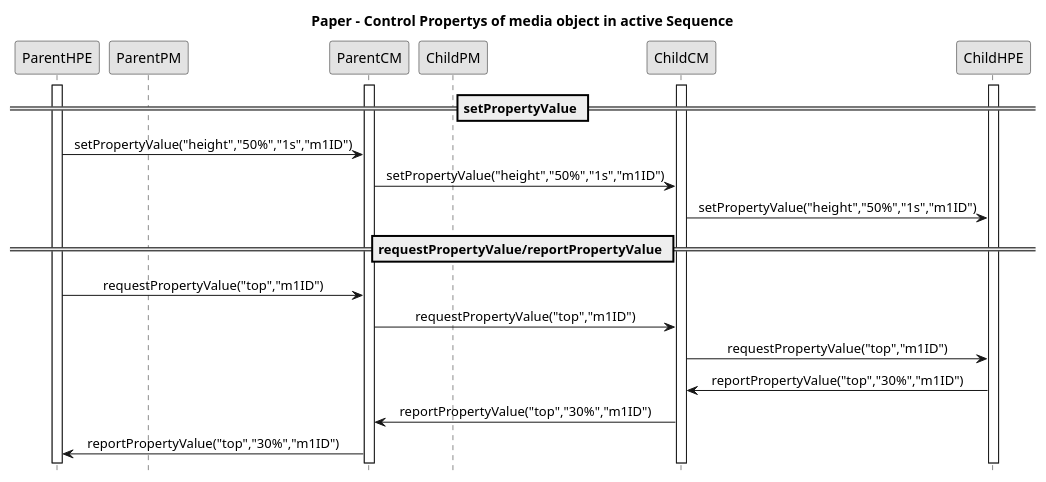
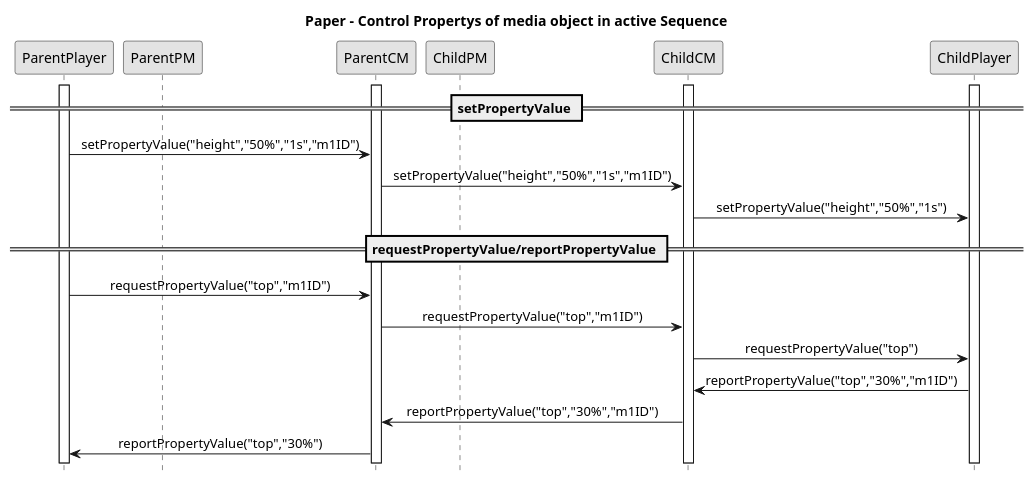
The diagram in sequence4.plantuml (alanlivio/fsmda), drawn with PlantUML before and after one commit. The commit also changed 6 other files, not shown here.

Commit message:
docs: Refactory title names. Fixes. Rename ChildHPE and ParentHPE to Player in objects controls. Remove media ID to Player call.

```diff
--- a/sequence4.plantuml
+++ b/sequence4.plantuml
@@ -2,32 +2,32 @@
 @startuml
 hide footbox
 skinparam monochrome true
 skinparam sequenceMessageAlign center
 
-participant ParentHPE
+participant ParentPlayer
 participant ParentPM
 participant ParentCM
 participant ChildPM
 participant ChildCM
-participant ChildHPE
+participant ChildPlayer
 
 ''''''''''''''''''Paper - Control Propertys of media object in active Sequence'''''''''''''''''
 title Paper - Control Propertys of media object in active Sequence
-activate ParentHPE
+activate ParentPlayer
 activate ParentCM
 activate ChildCM
-activate ChildHPE
+activate ChildPlayer
 == setPropertyValue ==
-ParentHPE->ParentCM: setPropertyValue("height","50%","1s","m1ID")
+ParentPlayer->ParentCM: setPropertyValue("height","50%","1s","m1ID")
 ParentCM->ChildCM: setPropertyValue("height","50%","1s","m1ID")
-ChildCM->ChildHPE: setPropertyValue("height","50%","1s","m1ID")
+ChildCM->ChildPlayer: setPropertyValue("height","50%","1s")
 == requestPropertyValue/reportPropertyValue ==
-ParentHPE->ParentCM: requestPropertyValue("top","m1ID")
+ParentPlayer->ParentCM: requestPropertyValue("top","m1ID")
 ParentCM->ChildCM: requestPropertyValue("top","m1ID")
-ChildCM->ChildHPE: requestPropertyValue("top","m1ID")
-ChildHPE->ChildCM: reportPropertyValue("top","30%","m1ID")
+ChildCM->ChildPlayer: requestPropertyValue("top")
+ChildPlayer->ChildCM: reportPropertyValue("top","30%","m1ID")
 ChildCM->ParentCM: reportPropertyValue("top","30%","m1ID")
-ParentCM->ParentHPE: reportPropertyValue("top","30%","m1ID")
+ParentCM->ParentPlayer: reportPropertyValue("top","30%")
 
 ''''''''''''''''''Ending PLANTUML params'''''''''''''''''
 @enduml
```
